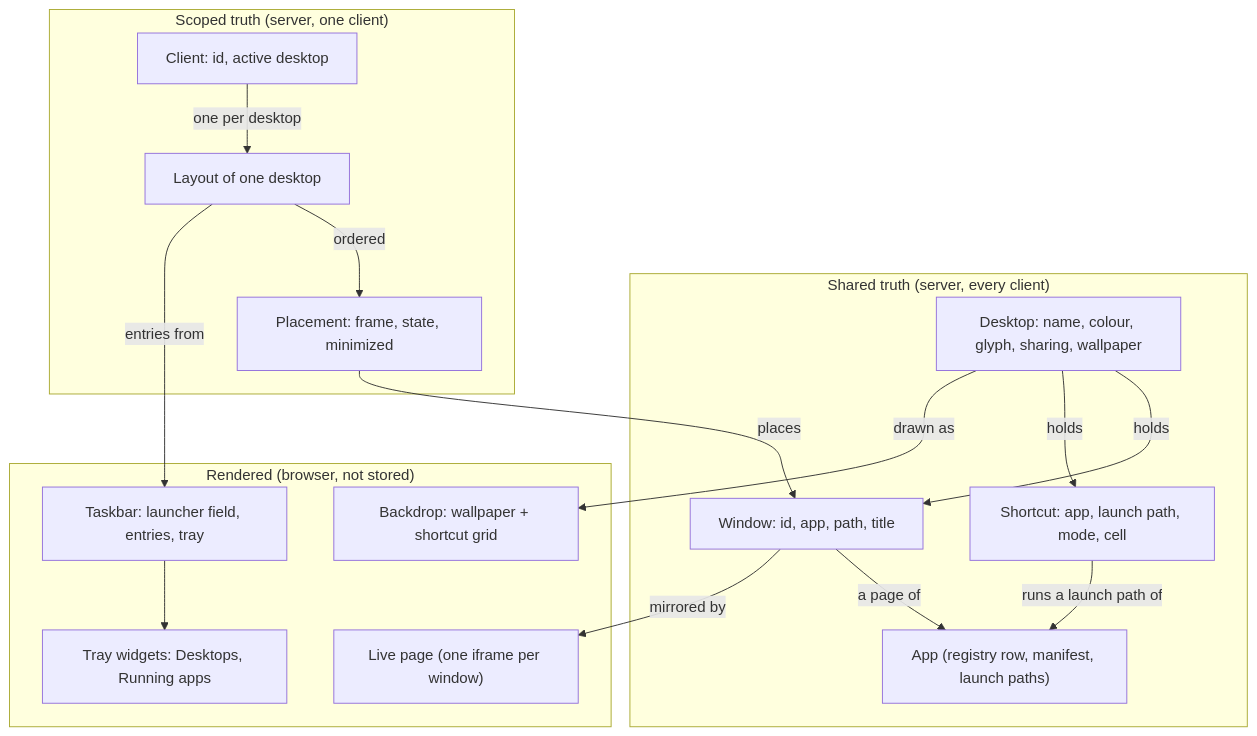
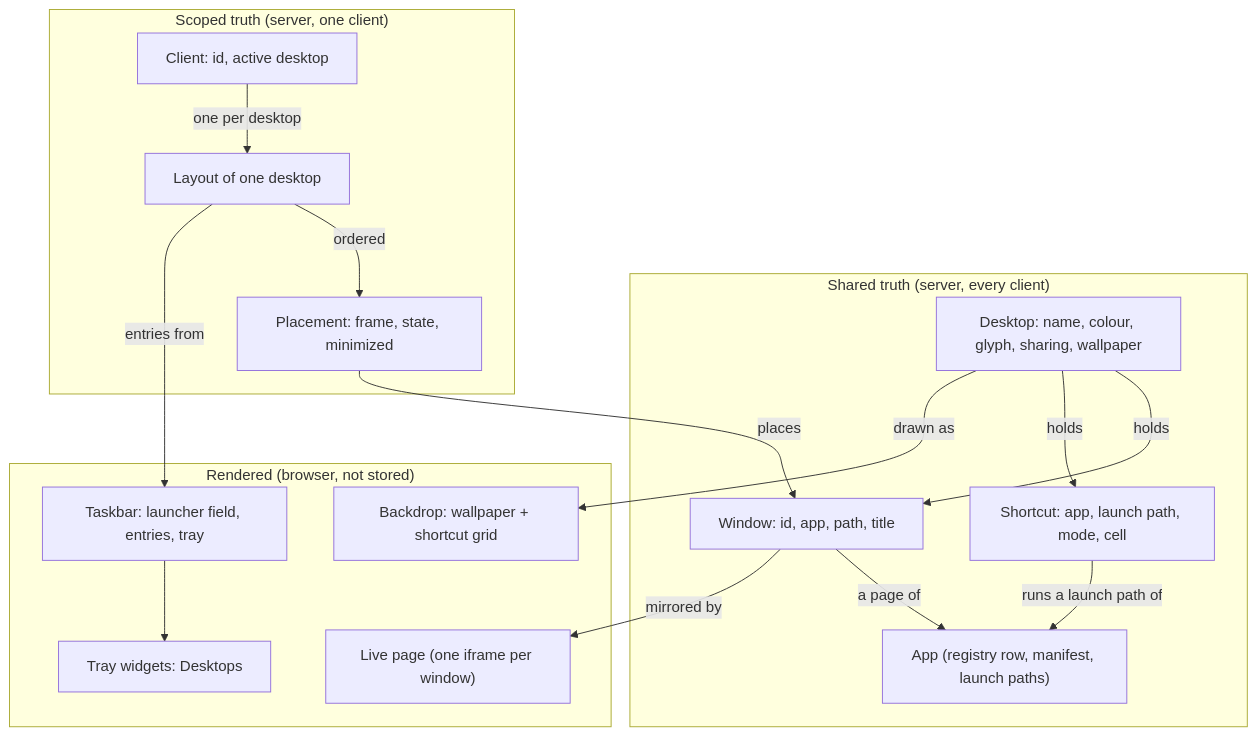
One commit to imbue-ai/default-workspace-template changed the diagram in docs/system/blueprint/desktop-interface/concepts.md. Above: the diagram before and after it, drawn with Mermaid. The commit also changed other lines of this file and 13 other files, not shown here.

First line of the commit message:
Remove the Running apps tray widget

````diff
--- a/docs/system/blueprint/desktop-interface/concepts.md
+++ b/docs/system/blueprint/desktop-interface/concepts.md
@@ -145,31 +145,31 @@
 ```mermaid
 flowchart TB
     subgraph shared["Shared truth (server, every client)"]
         App["App (registry row, manifest, launch paths)"]
         Desktop["Desktop: name, colour, glyph, sharing, wallpaper"]
         Window["Window: id, app, path, title"]
         Shortcut["Shortcut: app, launch path, mode, cell"]
     end
     subgraph scoped["Scoped truth (server, one client)"]
         Client["Client: id, active desktop"]
         Layout["Layout of one desktop"]
         Placement["Placement: frame, state, minimized"]
     end
     subgraph rendered["Rendered (browser, not stored)"]
         Backdrop["Backdrop: wallpaper + shortcut grid"]
         Taskbar["Taskbar: launcher field, entries, tray"]
-        Tray["Tray widgets: Desktops, Running apps"]
+        Tray["Tray widgets: Desktops"]
         Page["Live page (one iframe per window)"]
     end
     Desktop -->|holds| Window
     Desktop -->|holds| Shortcut
     Window -->|a page of| App
     Shortcut -->|runs a launch path of| App
     Client -->|one per desktop| Layout
     Layout -->|ordered| Placement
     Placement -->|places| Window
     Desktop -->|drawn as| Backdrop
     Layout -->|entries from| Taskbar
     Taskbar --> Tray
     Window -->|mirrored by| Page
 ```
````
